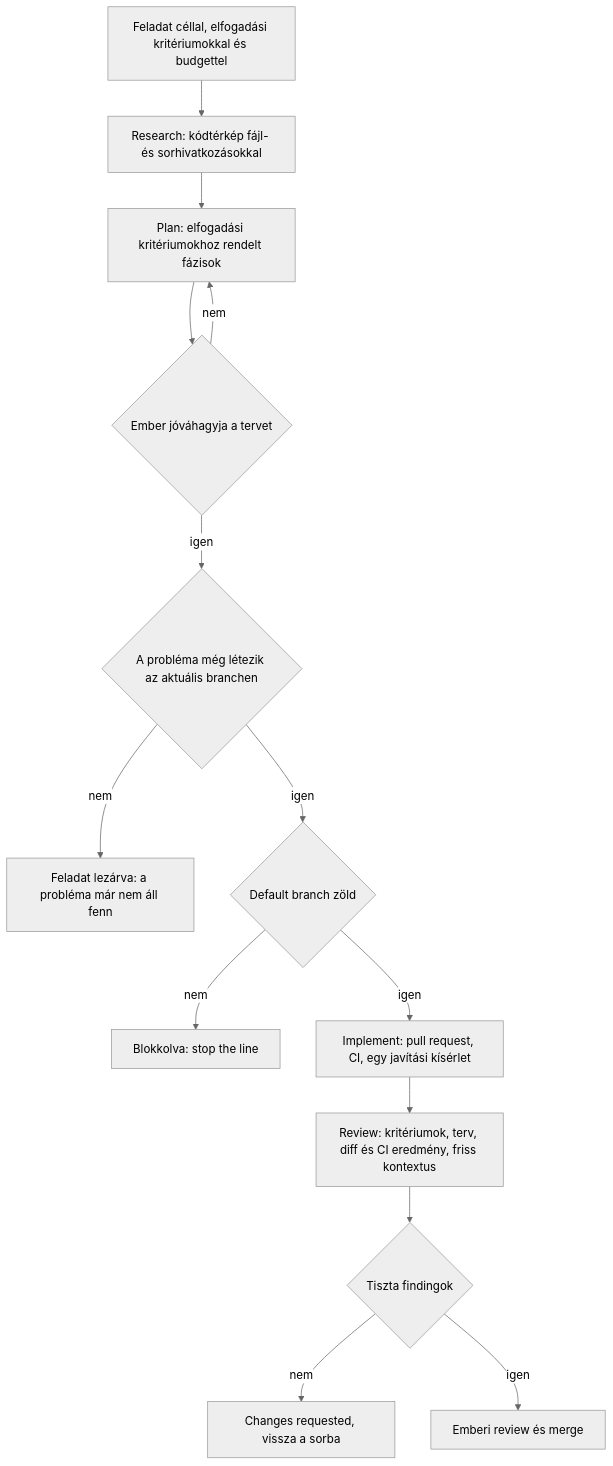
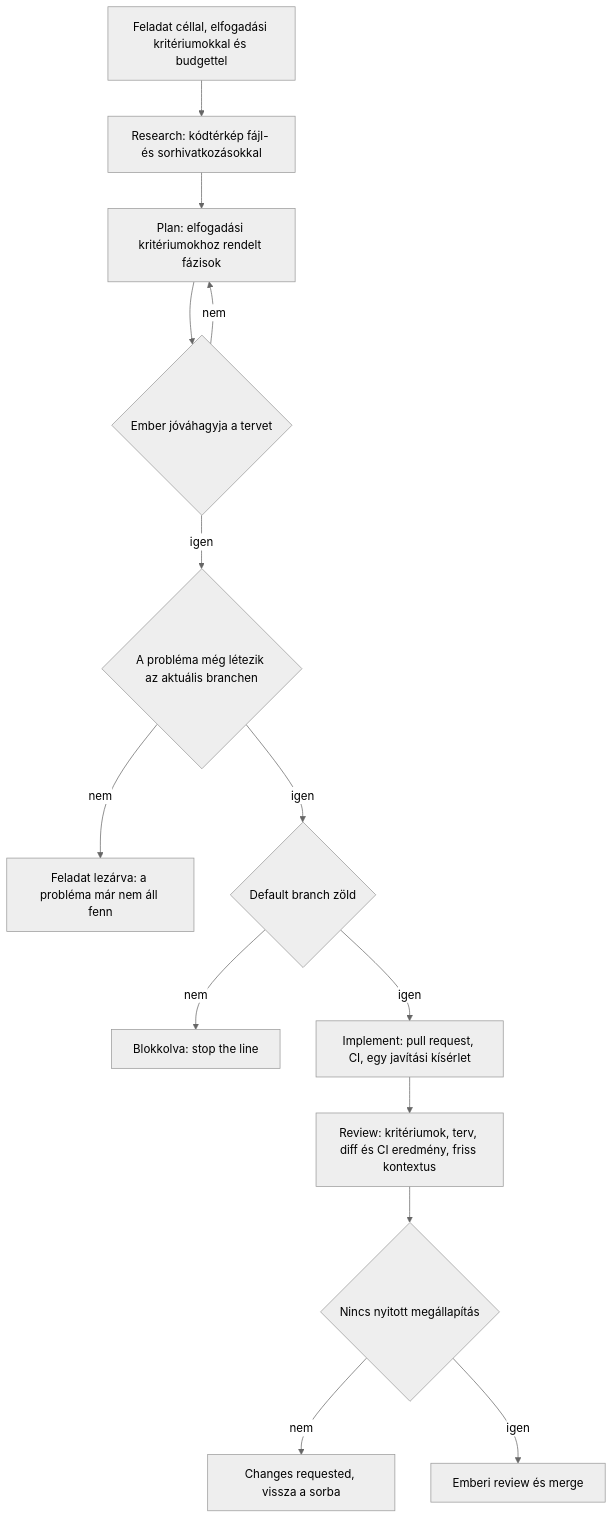
One commit to monad-systems/monad.hu changed the second of 2 diagrams in posts/hu/building-blocks-ai-native-development.md. Above: the diagram before and after it, drawn with Mermaid (neutral theme). The commit also changed other lines of this file and 5 other files, not shown here.

````diff
--- a/posts/hu/building-blocks-ai-native-development.md
+++ b/posts/hu/building-blocks-ai-native-development.md
@@ -150,16 +150,16 @@
 ```mermaid
 flowchart TD
     A[Feladat céllal, elfogadási kritériumokkal és budgettel] --> B[Research: kódtérkép fájl- és sorhivatkozásokkal]
     B --> C[Plan: elfogadási kritériumokhoz rendelt fázisok]
     C --> D{Ember jóváhagyja a tervet}
     D -->|nem| C
     D -->|igen| P{A probléma még létezik az aktuális branchen}
     P -->|nem| X[Feladat lezárva: a probléma már nem áll fenn]
     P -->|igen| E{Default branch zöld}
     E -->|nem| F[Blokkolva: stop the line]
     E -->|igen| G[Implement: pull request, CI, egy javítási kísérlet]
     G --> H[Review: kritériumok, terv, diff és CI eredmény, friss kontextus]
-    H --> I{Tiszta findingok}
+    H --> I{Nincs nyitott megállapítás}
     I -->|nem| J[Changes requested, vissza a sorba]
     I -->|igen| K[Emberi review és merge]
 ```
````
